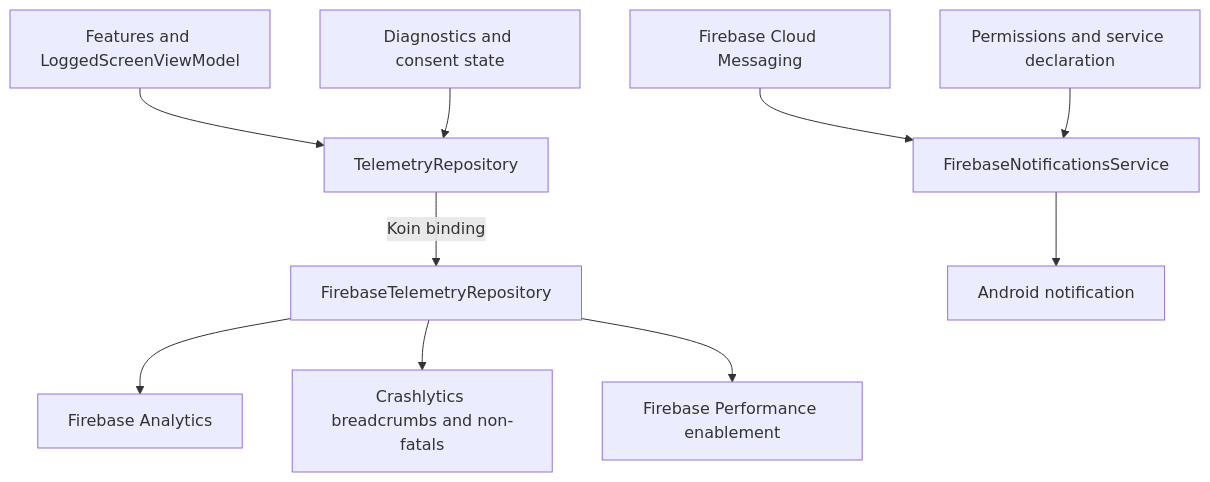
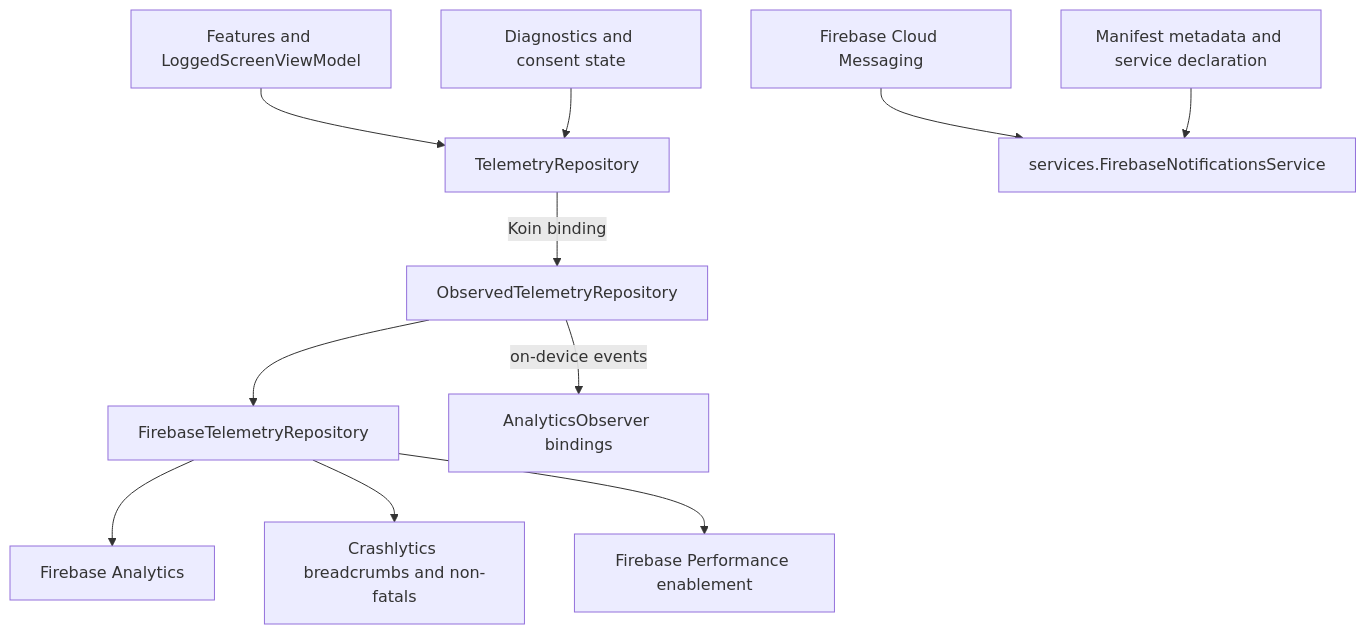
Before and after one commit to MihaiCristianCondrea/App-Toolkit-for-Android: the diagram in library/integration/firebase/README.md, drawn with Mermaid. The commit also changed other lines of this file and 23 other files, not shown here.

First line of the commit message:
Harden consent and Firebase telemetry integrations

````diff
--- a/library/integration/firebase/README.md
+++ b/library/integration/firebase/README.md
@@ -36,12 +35,13 @@
 ```mermaid
 flowchart TD
     Features[Features and LoggedScreenViewModel] --> Contract[TelemetryRepository]
     Consent[Diagnostics and consent state] --> Contract
-    Contract -->|Koin binding| Impl[FirebaseTelemetryRepository]
+    Contract -->|Koin binding| Observed[ObservedTelemetryRepository]
+    Observed --> Impl[FirebaseTelemetryRepository]
+    Observed -->|on-device events| Observers[AnalyticsObserver bindings]
     Impl --> Analytics[Firebase Analytics]
     Impl --> Crash[Crashlytics breadcrumbs and non-fatals]
     Impl --> Performance[Firebase Performance enablement]
-    FCM[Firebase Cloud Messaging] --> Service[FirebaseNotificationsService]
-    Service --> Notification[Android notification]
-    Manifest[Permissions and service declaration] --> Service
+    FCM[Firebase Cloud Messaging] --> Service[services.FirebaseNotificationsService]
+    Manifest[Manifest metadata and service declaration] --> Service
 ```
````
